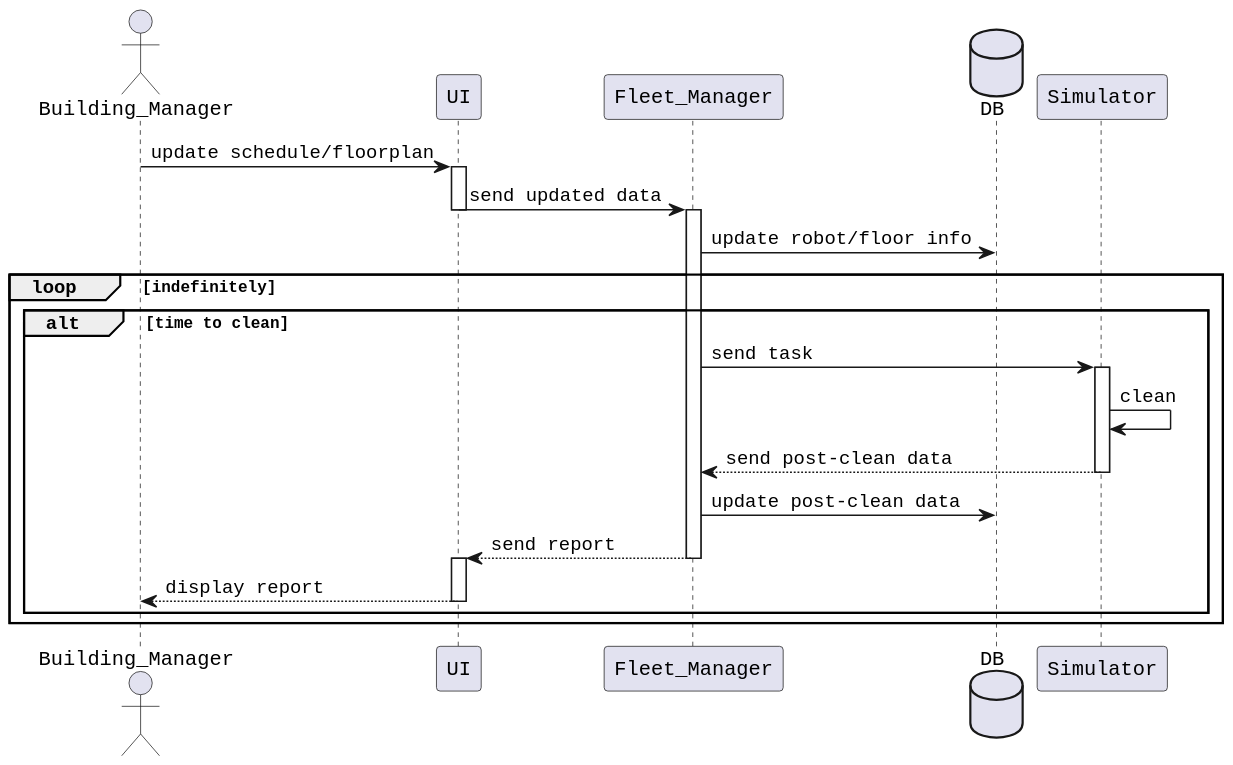
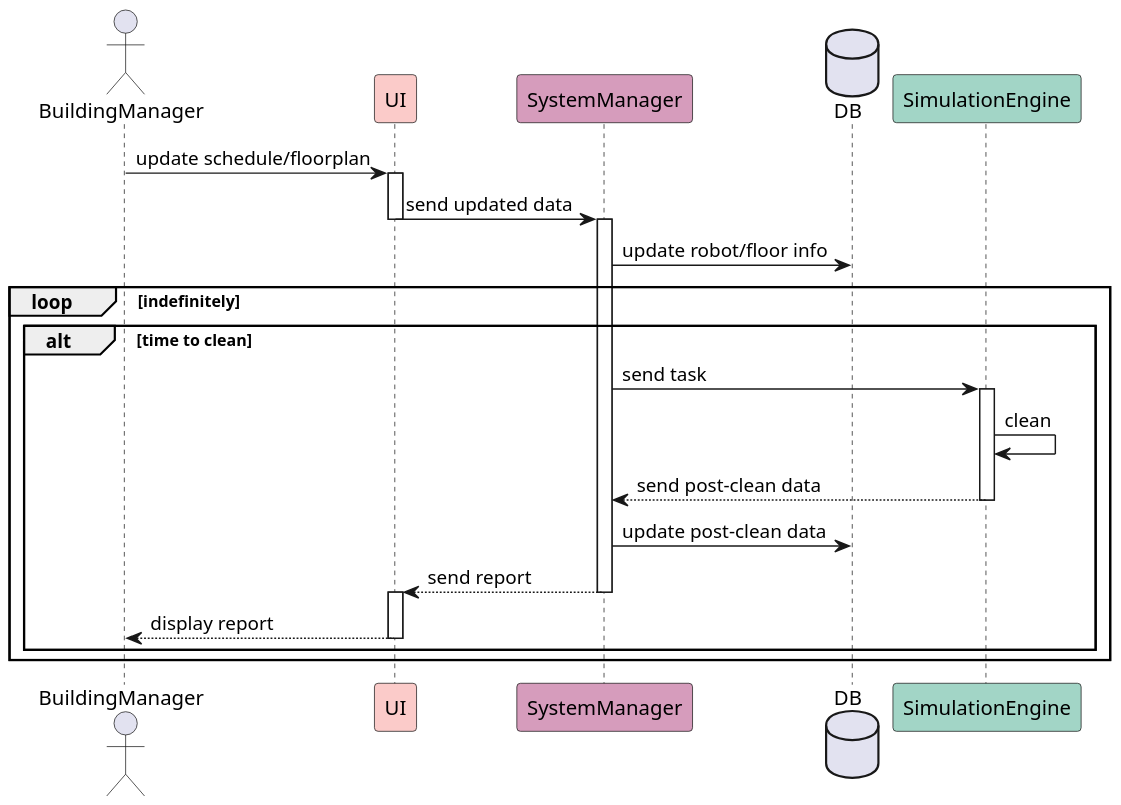
Before and after one commit to ur-swe-fa24/main-project-tidytech: the diagram in docs/design/seq_diagrams/building_manager_1.puml, drawn with PlantUML. The commit also changed 6 other files, not shown here.

Commit message:
update the diagrams from sprint1

```diff
--- a/docs/design/seq_diagrams/building_manager_1.puml
+++ b/docs/design/seq_diagrams/building_manager_1.puml
@@ -1,33 +1,33 @@
 @startuml 1
 skinparam dpi 150
-skinparam DefaultFontName Courier
-actor Building_Manager
-participant UI
-participant Fleet_Manager
+' skinparam DefaultFontName Courier
+actor BuildingManager
+participant UI #FBCBC9
+participant SystemManager #d69cbc
 database DB
-participant Simulator
+participant SimulationEngine #a2d5c6
 
 
-Building_Manager -> UI : update schedule/floorplan
+BuildingManager -> UI : update schedule/floorplan
 activate UI
-UI -> Fleet_Manager : send updated data
+UI -> SystemManager : send updated data
 deactivate UI
-activate Fleet_Manager
-Fleet_Manager -> DB : update robot/floor info
+activate SystemManager
+SystemManager -> DB : update robot/floor info
 loop indefinitely
     alt time to clean
-        Fleet_Manager -> Simulator : send task
-        activate Simulator
-        Simulator -> Simulator : clean
-        Simulator --> Fleet_Manager : send post-clean data
-        deactivate Simulator
-        Fleet_Manager -> DB : update post-clean data
-        Fleet_Manager --> UI : send report
-        deactivate Fleet_Manager
+        SystemManager -> SimulationEngine : send task
+        activate SimulationEngine
+        SimulationEngine -> SimulationEngine : clean
+        SimulationEngine --> SystemManager : send post-clean data
+        deactivate SimulationEngine
+        SystemManager -> DB : update post-clean data
+        SystemManager --> UI : send report
+        deactivate SystemManager
         activate UI
-        UI --> Building_Manager : display report
+        UI --> BuildingManager : display report
         deactivate UI
     end
 end
 
 @enduml
```
